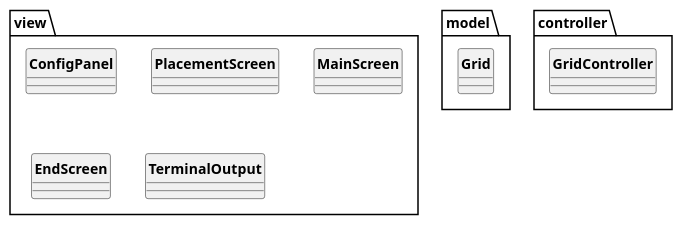
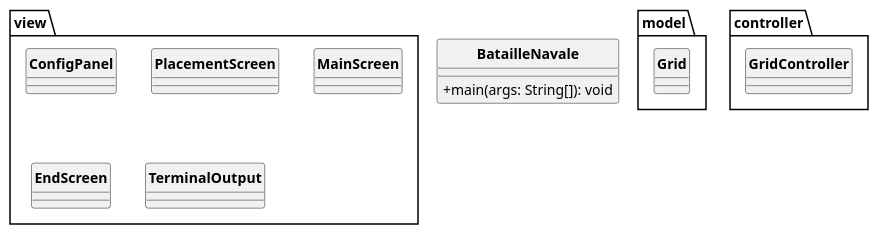
Before and after one commit to Redstoner507/bataille-navale-java: the diagram in uml/batailleNavale.puml, drawn with PlantUML. The commit also changed 4 other files, not shown here.

```diff
--- a/uml/batailleNavale.puml
+++ b/uml/batailleNavale.puml
@@ -1,27 +1,30 @@
-@startuml
+@startuml BatailleNavale
 'https://plantuml.com/class-diagram
 
 skinparam style strictuml
 skinparam classAttributeIconSize 0
 skinparam classFontStyle Bold
 hide enum methods
 hide interface attributes
 
+class BatailleNavale {
+    +main(args: String[]): void
+}
 
 package model {
     class Grid
 }
 
 package view {
     class ConfigPanel
     class PlacementScreen
     class MainScreen
     class EndScreen
     class TerminalOutput
 }
 
 package controller {
     class GridController
 }
 
 @enduml
```
